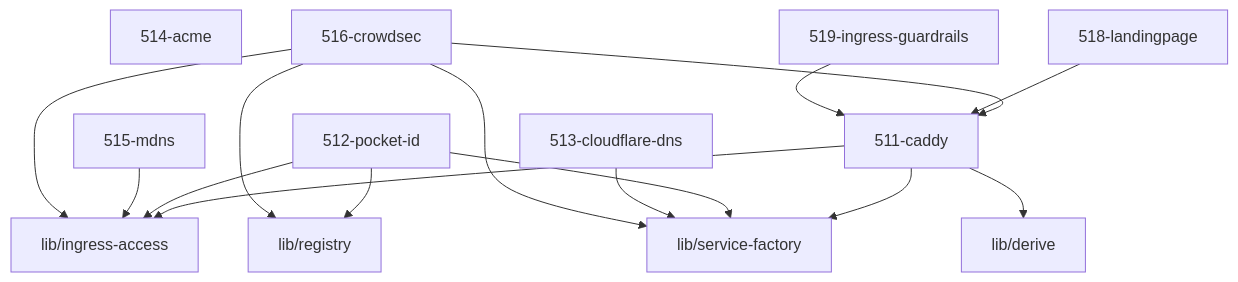
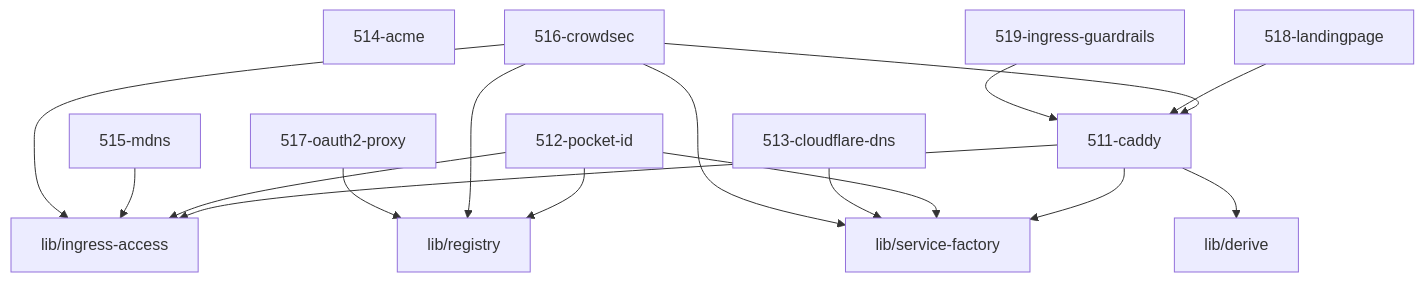
One commit to grapefruit89/mediNix-core changed the diagram in 51-ingress/AGENTS.md. Above: the diagram before and after it, drawn with Mermaid. The commit also changed other lines of this file and 6 other files, not shown here.

First line of the commit message:
feat(517-oauth2-proxy): forward-auth-Bruecke zu Pocket ID (ADR-517)

````diff
--- a/51-ingress/AGENTS.md
+++ b/51-ingress/AGENTS.md
@@ -164,18 +165,19 @@
 ```mermaid
 graph TD
   511_caddy["511-caddy"] --> derive["lib/derive"]
   511_caddy["511-caddy"] --> ingress_access["lib/ingress-access"]
   511_caddy["511-caddy"] --> service_factory["lib/service-factory"]
   512_pocket_id["512-pocket-id"] --> ingress_access["lib/ingress-access"]
   512_pocket_id["512-pocket-id"] --> registry["lib/registry"]
   512_pocket_id["512-pocket-id"] --> service_factory["lib/service-factory"]
   513_cloudflare_dns["513-cloudflare-dns"] --> service_factory["lib/service-factory"]
   514_acme["514-acme"]
   515_mdns["515-mdns"] --> ingress_access["lib/ingress-access"]
   516_crowdsec["516-crowdsec"] --> ingress_access["lib/ingress-access"]
   516_crowdsec["516-crowdsec"] --> service_factory["lib/service-factory"]
   516_crowdsec["516-crowdsec"] --> registry["lib/registry"]
   516_crowdsec["516-crowdsec"] --> 511_caddy["51-ingress/511-caddy"]
+  517_oauth2_proxy["517-oauth2-proxy"] --> registry["lib/registry"]
   518_landingpage["518-landingpage"] --> 511_caddy["511-caddy"]
   519_ingress_guardrails["519-ingress-guardrails"] --> 511_caddy["511-caddy"]
 ```
````
